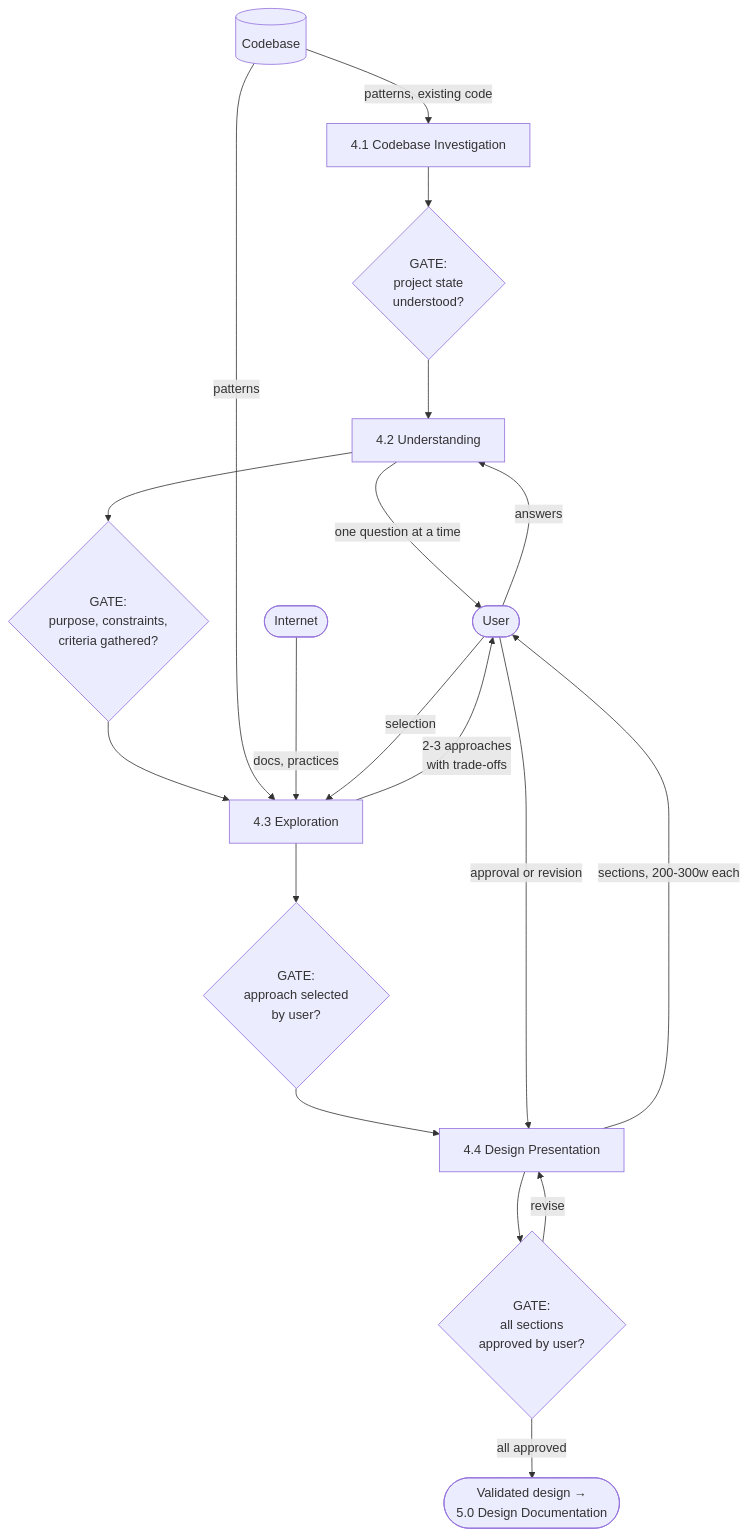
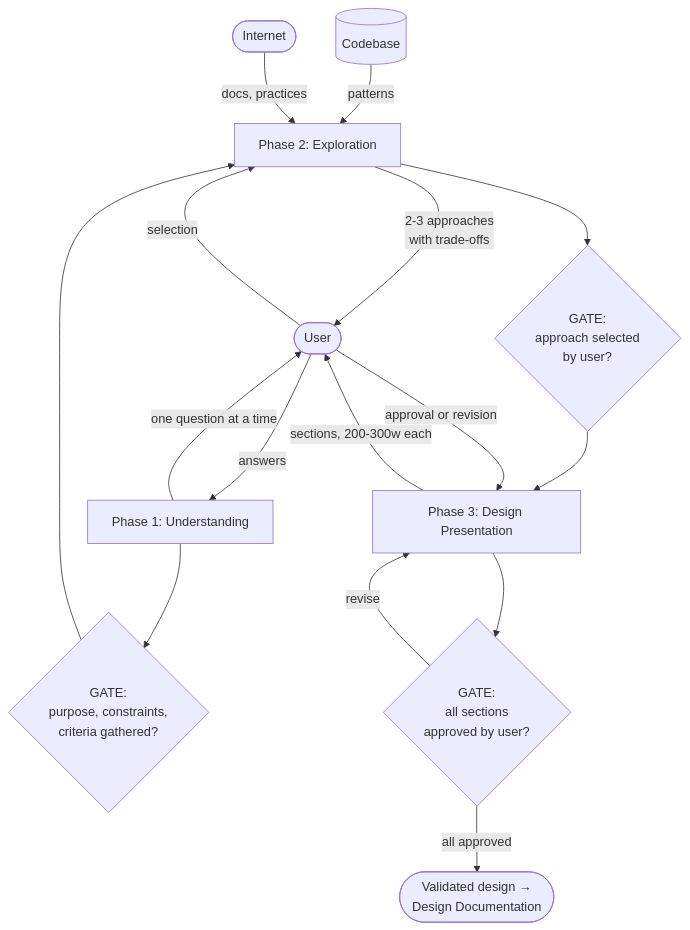
The first of 2 diagrams in plugins/denubis-plan-and-execute/skills/brainstorming/SKILL.md (Denubis/denubis-plugins), drawn with Mermaid before and after one commit. The commit also changed 8 other files, not shown here.

````diff
--- a/plugins/denubis-plan-and-execute/skills/brainstorming/SKILL.md
+++ b/plugins/denubis-plan-and-execute/skills/brainstorming/SKILL.md
@@ -37,34 +37,29 @@
 ```mermaid
 flowchart TD
     CB[(Codebase)]
     Web([Internet])
     User([User])
 
-    P41["4.1 Codebase Investigation"]
-    G41{"GATE:<br>project state<br>understood?"}
-    P42["4.2 Understanding"]
-    G42{"GATE:<br>purpose, constraints,<br>criteria gathered?"}
-    P43["4.3 Exploration"]
-    G43{"GATE:<br>approach selected<br>by user?"}
-    P44["4.4 Design Presentation"]
-    G44{"GATE:<br>all sections<br>approved by user?"}
+    P1["Phase 1: Understanding"]
+    G1{"GATE:<br>purpose, constraints,<br>criteria gathered?"}
+    P2["Phase 2: Exploration"]
+    G2{"GATE:<br>approach selected<br>by user?"}
+    P3["Phase 3: Design Presentation"]
+    G3{"GATE:<br>all sections<br>approved by user?"}
 
-    CB -->|"patterns, existing code"| P41
-    P41 --> G41 --> P42
+    User -->|answers| P1
+    P1 -->|"one question at a time"| User
+    P1 --> G1 --> P2
 
-    User -->|answers| P42
-    P42 -->|"one question at a time"| User
-    P42 --> G42 --> P43
+    CB -->|patterns| P2
+    Web -->|"docs, practices"| P2
+    P2 -->|"2-3 approaches<br>with trade-offs"| User
+    User -->|selection| P2
+    P2 --> G2 --> P3
 
-    CB -->|patterns| P43
-    Web -->|"docs, practices"| P43
-    P43 -->|"2-3 approaches<br>with trade-offs"| User
-    User -->|selection| P43
-    P43 --> G43 --> P44
-
-    P44 -->|"sections, 200-300w each"| User
-    User -->|"approval or revision"| P44
-    P44 --> G44
-    G44 -->|revise| P44
-    G44 -->|"all approved"| Out(["Validated design →<br>5.0 Design Documentation"])
+    P3 -->|"sections, 200-300w each"| User
+    User -->|"approval or revision"| P3
+    P3 --> G3
+    G3 -->|revise| P3
+    G3 -->|"all approved"| Out(["Validated design →<br>Design Documentation"])
 ```
````
